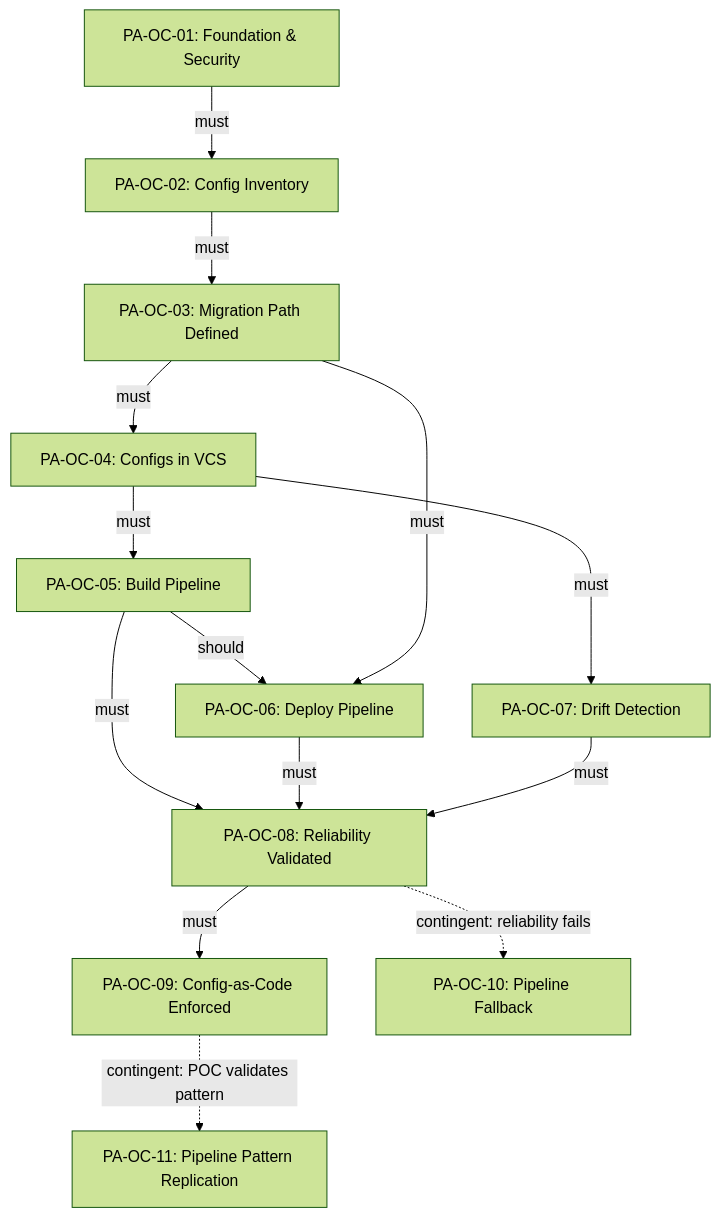
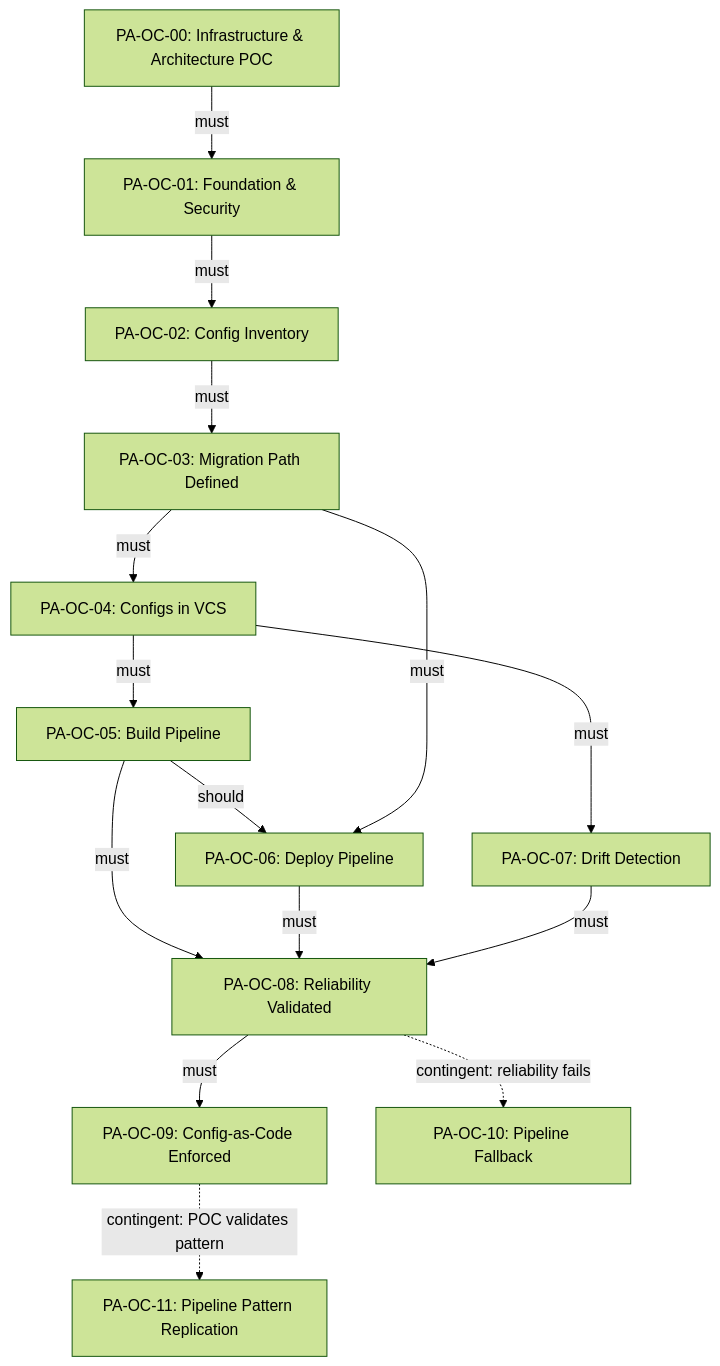
One commit to ndkramer/DMSi-Ops-Readiness-II-Plan changed the diagram in PA/PA-WSB.md. Above: the diagram before and after it, drawn with Mermaid (forest theme). The commit also changed other lines of this file and 9 other files, not shown here.

First line of the commit message:
Update PA planning views, project Gantt data, and outcome maps.

````diff
--- a/PA/PA-WSB.md
+++ b/PA/PA-WSB.md
@@ -98,16 +101,17 @@
 ```mermaid
 graph TD
-    PA-OC-01[PA-OC-01: Foundation & Security] -->|must| PA-OC-02[PA-OC-02: Config Inventory]
+    PA-OC-00[PA-OC-00: Infrastructure & Architecture POC] -->|must| PA-OC-01[PA-OC-01: Foundation & Security]
+    PA-OC-01 -->|must| PA-OC-02[PA-OC-02: Config Inventory]
     PA-OC-02 -->|must| PA-OC-03[PA-OC-03: Migration Path Defined]
     PA-OC-03 -->|must| PA-OC-04[PA-OC-04: Configs in VCS]
     PA-OC-04 -->|must| PA-OC-05[PA-OC-05: Build Pipeline]
     PA-OC-04 -->|must| PA-OC-07[PA-OC-07: Drift Detection]
     PA-OC-05 -->|should| PA-OC-06[PA-OC-06: Deploy Pipeline]
     PA-OC-03 -->|must| PA-OC-06
     PA-OC-05 -->|must| PA-OC-08[PA-OC-08: Reliability Validated]
     PA-OC-06 -->|must| PA-OC-08
     PA-OC-07 -->|must| PA-OC-08
     PA-OC-08 -->|must| PA-OC-09[PA-OC-09: Config-as-Code Enforced]
     PA-OC-08 -.->|contingent: reliability fails| PA-OC-10[PA-OC-10: Pipeline Fallback]
     PA-OC-09 -.->|contingent: POC validates pattern| PA-OC-11[PA-OC-11: Pipeline Pattern Replication]
 ```
````
